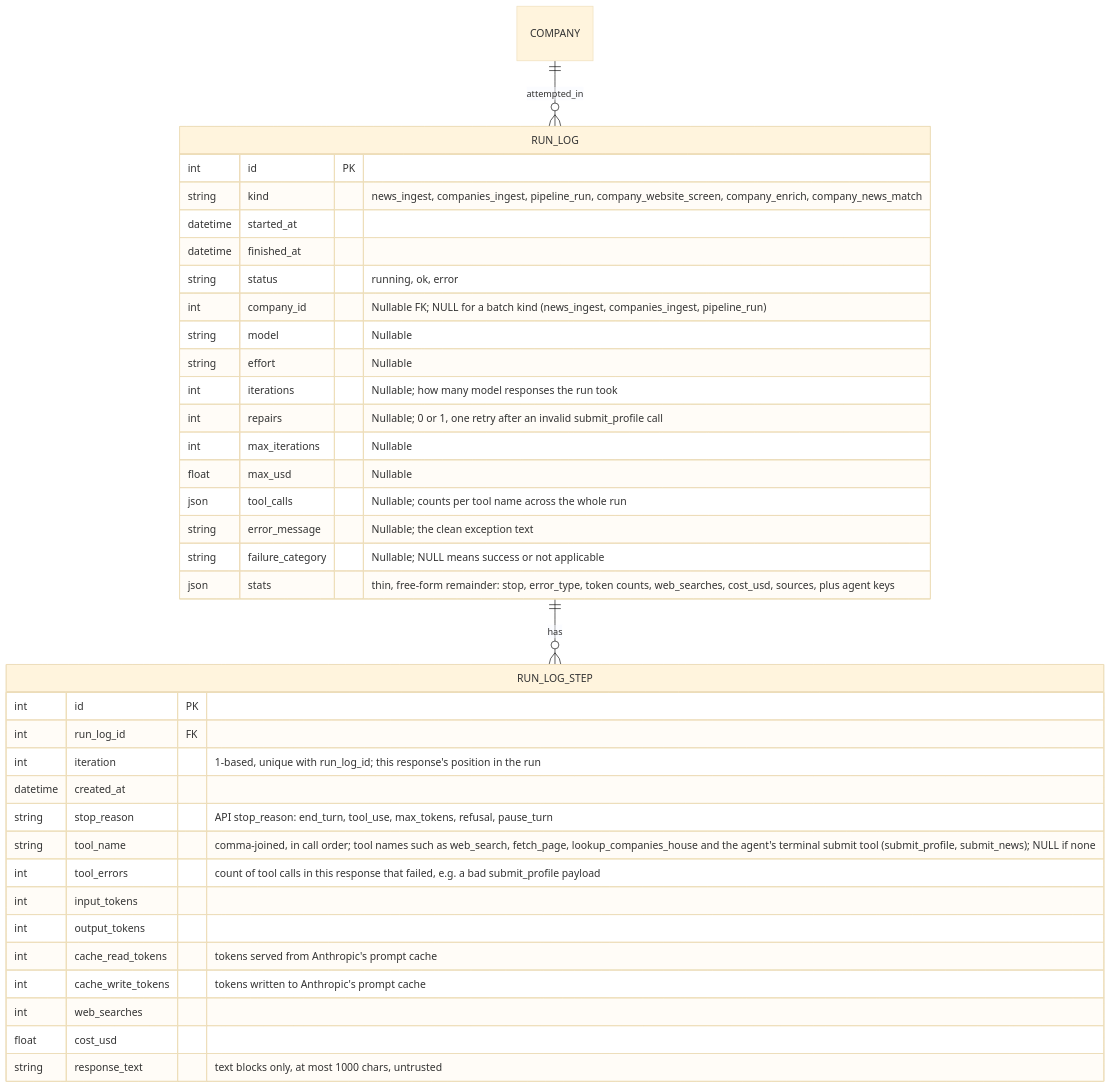
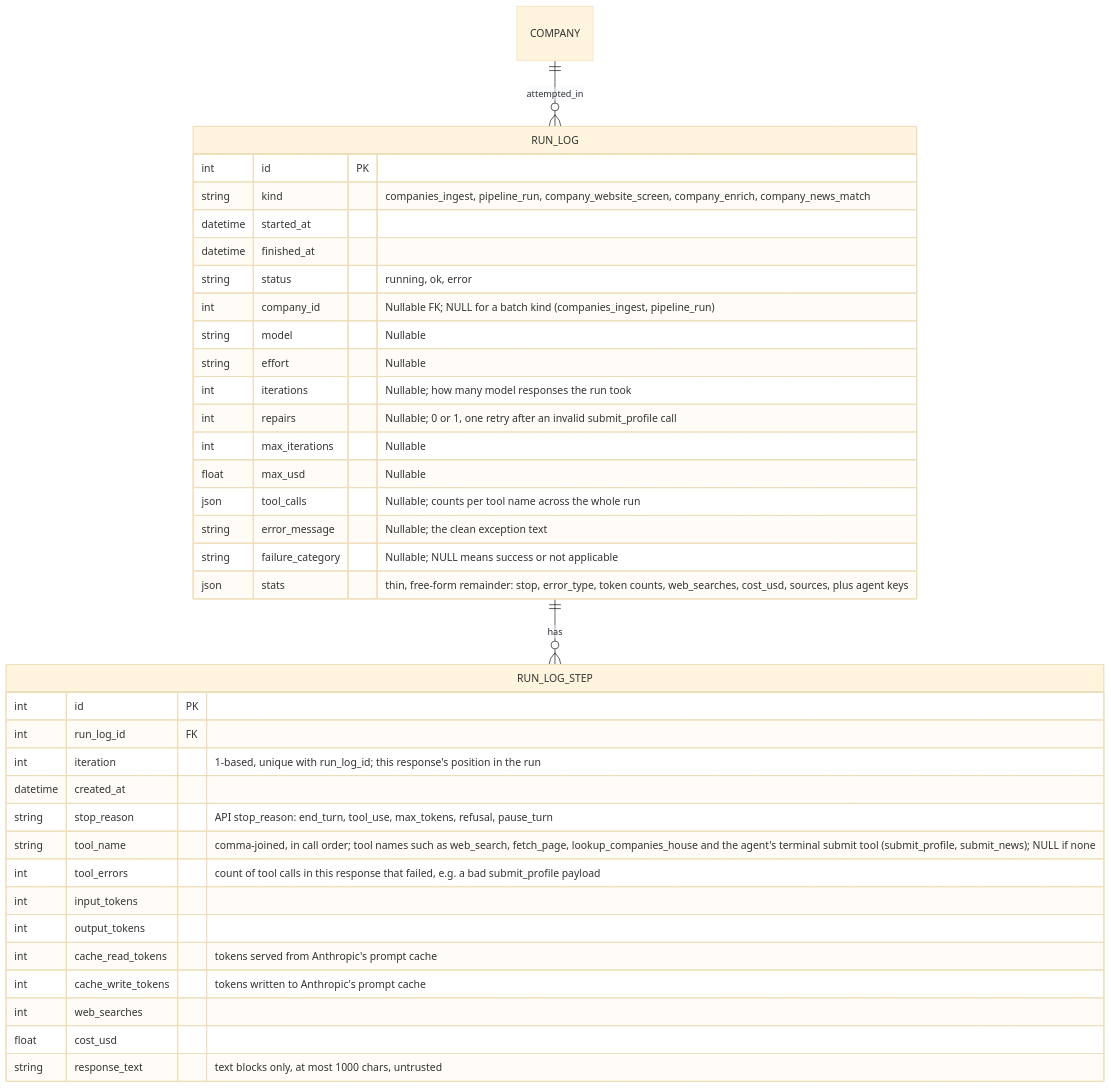
One commit to Farzaanee/sprout changed the second of 2 diagrams in docs/architecture/2. data-model.md. Above: the diagram before and after it, drawn with Mermaid (base theme). The commit also changed other lines of this file and 39 other files, not shown here.

````diff
--- a/docs/architecture/2. data-model.md
+++ b/docs/architecture/2. data-model.md
@@ -84,39 +77,39 @@
 ```mermaid
 erDiagram
     COMPANY ||--o{ RUN_LOG : attempted_in
     RUN_LOG ||--o{ RUN_LOG_STEP : has
     RUN_LOG {
         int id PK
-        string kind "news_ingest, companies_ingest, pipeline_run, company_website_screen, company_enrich, company_news_match"
+        string kind "companies_ingest, pipeline_run, company_website_screen, company_enrich, company_news_match"
         datetime started_at
         datetime finished_at
         string status "running, ok, error"
-        int company_id "Nullable FK; NULL for a batch kind (news_ingest, companies_ingest, pipeline_run)"
+        int company_id "Nullable FK; NULL for a batch kind (companies_ingest, pipeline_run)"
         string model "Nullable"
         string effort "Nullable"
         int iterations "Nullable; how many model responses the run took"
         int repairs "Nullable; 0 or 1, one retry after an invalid submit_profile call"
         int max_iterations "Nullable"
         float max_usd "Nullable"
         json tool_calls "Nullable; counts per tool name across the whole run"
         string error_message "Nullable; the clean exception text"
         string failure_category "Nullable; NULL means success or not applicable"
         json stats "thin, free-form remainder: stop, error_type, token counts, web_searches, cost_usd, sources, plus agent keys"
     }
     RUN_LOG_STEP {
         int id PK
         int run_log_id FK
         int iteration "1-based, unique with run_log_id; this response's position in the run"
         datetime created_at
         string stop_reason "API stop_reason: end_turn, tool_use, max_tokens, refusal, pause_turn"
         string tool_name "comma-joined, in call order; tool names such as web_search, fetch_page, lookup_companies_house and the agent's terminal submit tool (submit_profile, submit_news); NULL if none"
         int tool_errors "count of tool calls in this response that failed, e.g. a bad submit_profile payload"
         int input_tokens
         int output_tokens
         int cache_read_tokens "tokens served from Anthropic's prompt cache"
         int cache_write_tokens "tokens written to Anthropic's prompt cache"
         int web_searches
         float cost_usd
         string response_text "text blocks only, at most 1000 chars, untrusted"
     }
 ```
````
